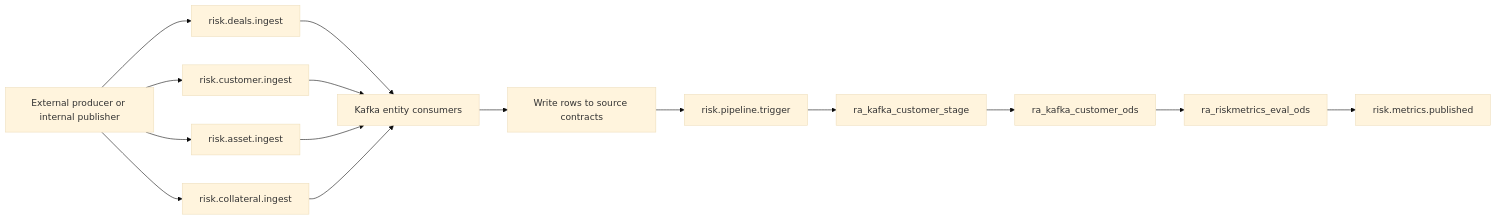
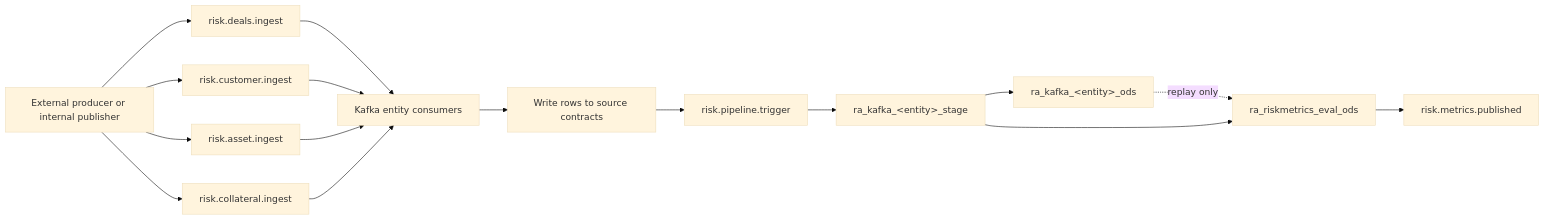
One commit to sankarasub/riskanalytics_df changed the second of 2 diagrams in docs/platform-interfaces-and-operations.md. Above: the diagram before and after it, drawn with Mermaid (base theme). The commit also changed other lines of this file and 52 other files, not shown here.

Commit message:
Parallelize the STAGE/ODS fan-out, stream every entity, and add CI gates

````diff
--- a/docs/platform-interfaces-and-operations.md
+++ b/docs/platform-interfaces-and-operations.md
@@ -350,17 +353,18 @@
 ```mermaid
 flowchart LR
   producer[External producer or internal publisher] --> ingest_deals[risk.deals.ingest]
   producer --> ingest_customer[risk.customer.ingest]
   producer --> ingest_asset[risk.asset.ingest]
   producer --> ingest_collateral[risk.collateral.ingest]
   ingest_deals --> stream[Kafka entity consumers]
   ingest_customer --> stream
   ingest_asset --> stream
   ingest_collateral --> stream
   stream --> source[Write rows to source contracts]
   source --> trigger[risk.pipeline.trigger]
-  trigger --> listener[ra_kafka_customer_stage]
-  listener --> kods[ra_kafka_customer_ods]
-  kods --> risk[ra_riskmetrics_eval_ods]
+  trigger --> listener["ra_kafka_&lt;entity&gt;_stage"]
+  listener --> kods["ra_kafka_&lt;entity&gt;_ods"]
+  kods -. "replay only" .-> risk[ra_riskmetrics_eval_ods]
+  listener --> risk
   risk --> published[risk.metrics.published]
 ```
````
